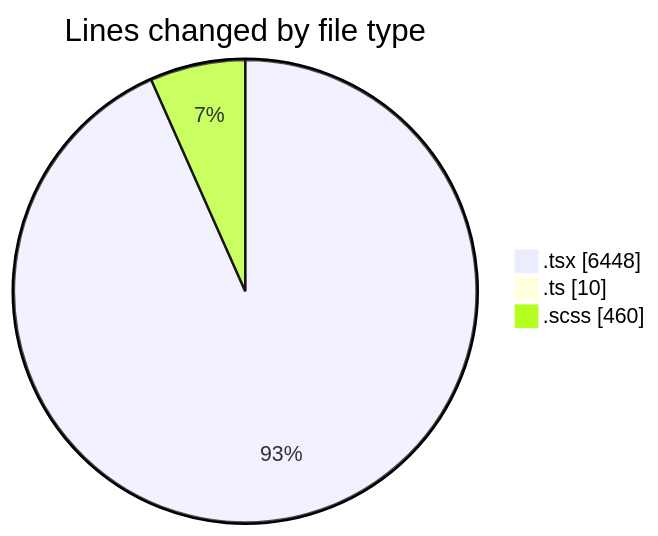
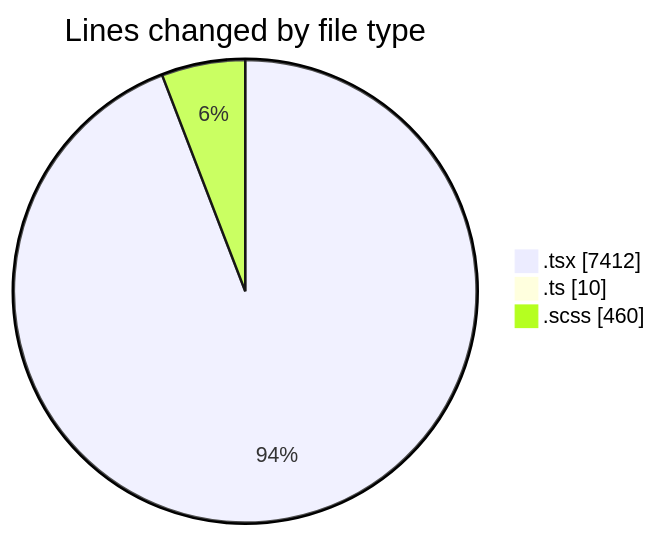
Before and after one commit to momahboobian/code-tracking: the first of 2 diagrams in 2025-11-17/cda/README.md, drawn with Mermaid. The commit also changed other lines of this file and 1 other file, not shown here.

````diff
--- a/2025-11-17/cda/README.md
+++ b/2025-11-17/cda/README.md
@@ -31,7 +32,7 @@
 ```mermaid
 pie showData
 title Lines changed by file type
-".tsx" : 6448
+".tsx" : 7412
 ".ts" : 10
 ".scss" : 460
 ```
````
